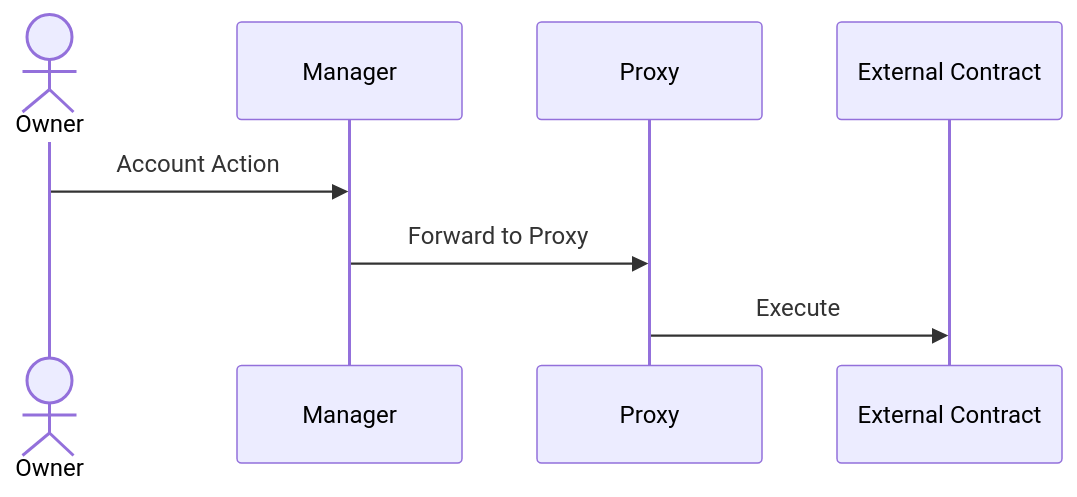
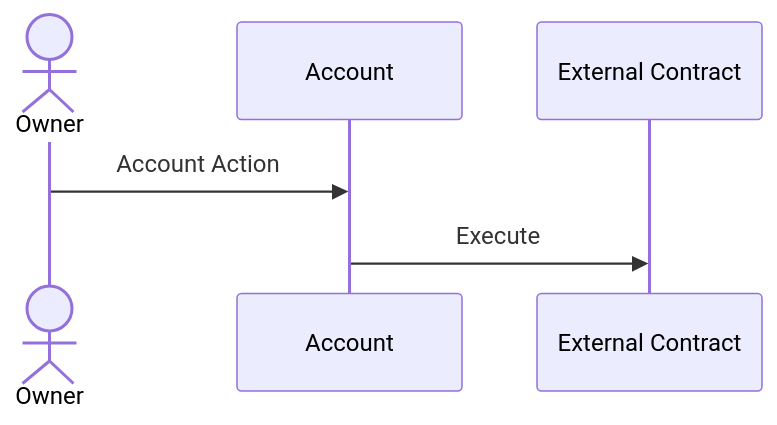
The second of 3 diagrams in framework/docs/src/3_framework/3_architecture.md (AbstractSDK/abstract), drawn with Mermaid before and after one commit. The commit also changed other lines of this file, not shown here.

Commit message:
update Architecture doc

````diff
--- a/framework/docs/src/3_framework/3_architecture.md
+++ b/framework/docs/src/3_framework/3_architecture.md
@@ -71,12 +47,10 @@
 ```mermaid
 sequenceDiagram
     actor Owner
-    participant Manager
-    participant Proxy
+    participant Account
     participant External Contract
 
 
-    Owner ->> Manager: Account Action
-    Manager ->> Proxy: Forward to Proxy
-    Proxy ->> External Contract: Execute
+    Owner ->> Account: Account Action
+    Account ->> External Contract: Execute
 ```
````
